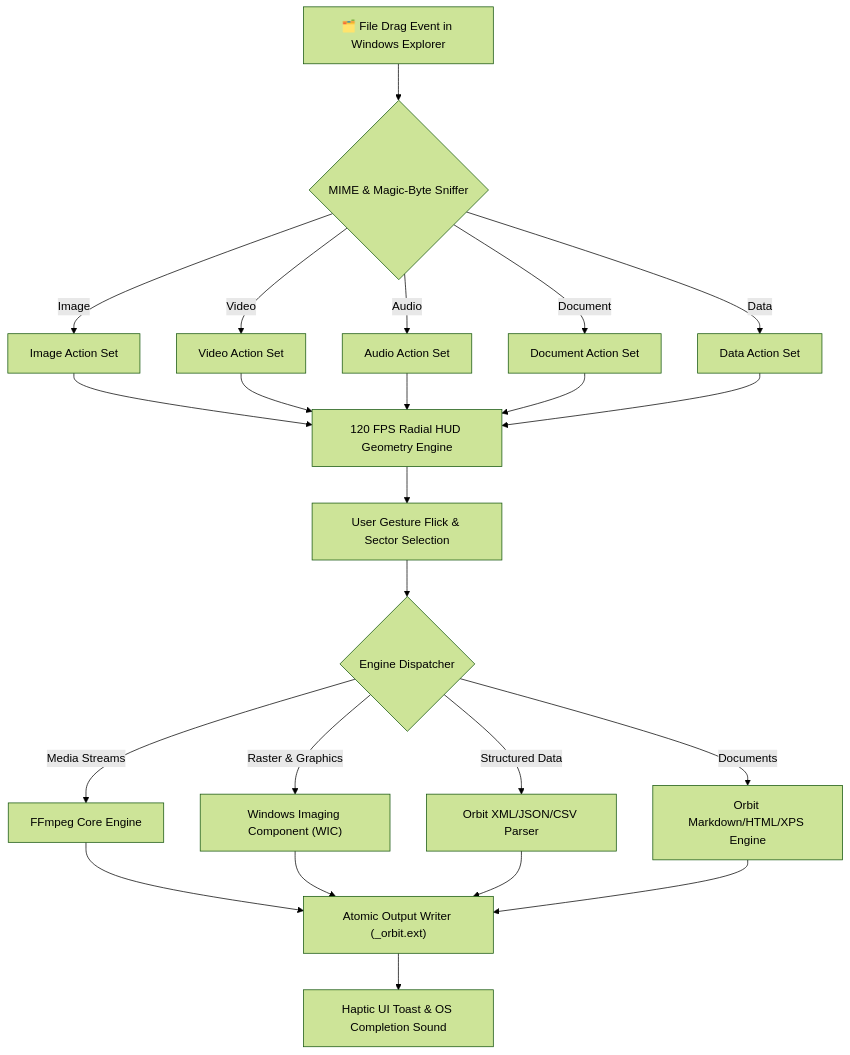
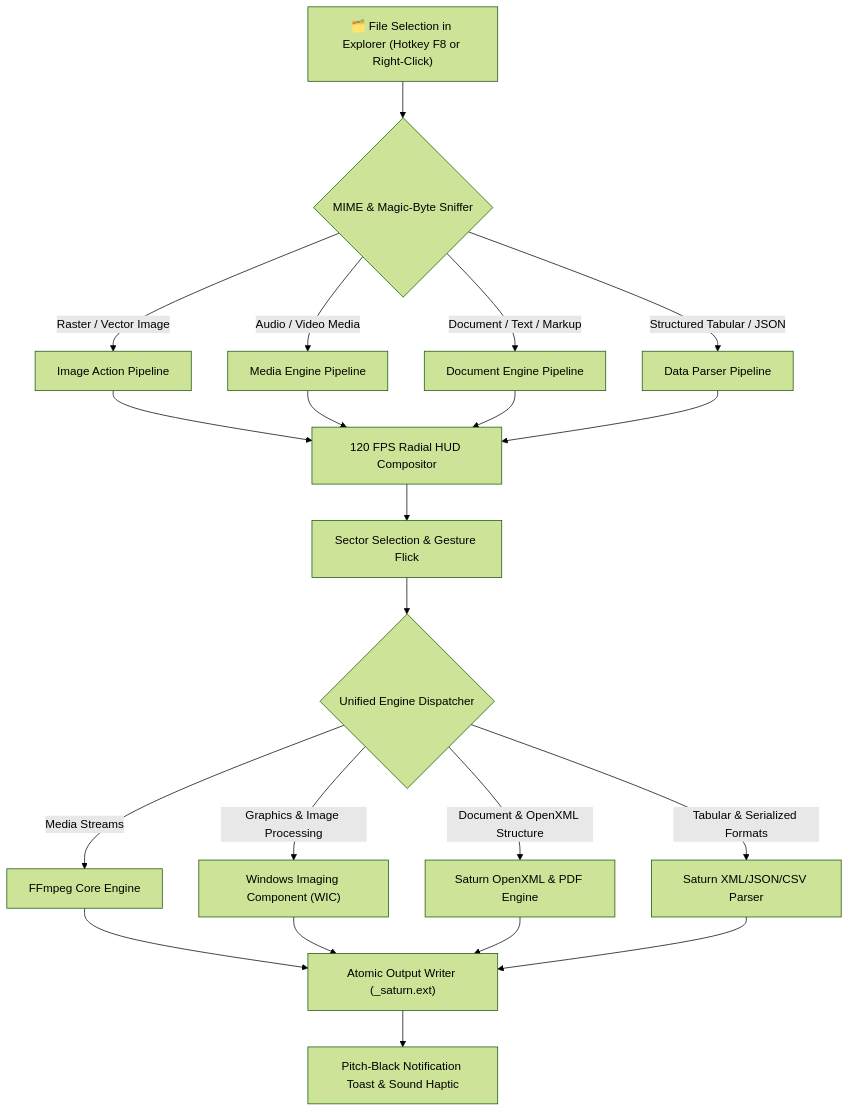
The diagram in README.md (DaivikOPX/Orbit), drawn with Mermaid (forest theme) before and after one commit. The commit also changed other lines of this file and 53 other files, not shown here.

Commit message:
feat: Rebrand Orbit to Saturn with new logo, pure black notifications, and updated binaries

````diff
--- a/README.md
+++ b/README.md
@@ -89,21 +89,20 @@
 ```mermaid
 flowchart TD
-    A["🗂️ File Drag Event in Windows Explorer"] --> B{"MIME & Magic-Byte Sniffer"}
-    B -->|Image| C["Image Action Set"]
-    B -->|Video| D["Video Action Set"]
-    B -->|Audio| E["Audio Action Set"]
-    B -->|Document| F["Document Action Set"]
-    B -->|Data| G["Data Action Set"]
+    A["🗂️ File Selection in Explorer (Hotkey F8 or Right-Click)"] --> B{"MIME & Magic-Byte Sniffer"}
+    B -->|Raster / Vector Image| C["Image Action Pipeline"]
+    B -->|Audio / Video Media| D["Media Engine Pipeline"]
+    B -->|Document / Text / Markup| E["Document Engine Pipeline"]
+    B -->|Structured Tabular / JSON| F["Data Parser Pipeline"]
     
-    C & D & E & F & G --> H["120 FPS Radial HUD Geometry Engine"]
-    H --> I["User Gesture Flick & Sector Selection"]
+    C & D & E & F --> G["120 FPS Radial HUD Compositor"]
+    G --> H["Sector Selection & Gesture Flick"]
     
-    I --> J{"Engine Dispatcher"}
-    J -->|Media Streams| K["FFmpeg Core Engine"]
-    J -->|Raster & Graphics| L["Windows Imaging Component (WIC)"]
-    J -->|Structured Data| M["Orbit XML/JSON/CSV Parser"]
-    J -->|Documents| N["Orbit Markdown/HTML/XPS Engine"]
+    H --> I{"Unified Engine Dispatcher"}
+    I -->|Media Streams| J["FFmpeg Core Engine"]
+    I -->|Graphics & Image Processing| K["Windows Imaging Component (WIC)"]
+    I -->|Document & OpenXML Structure| L["Saturn OpenXML & PDF Engine"]
+    I -->|Tabular & Serialized Formats| M["Saturn XML/JSON/CSV Parser"]
     
-    K & L & M & N --> O["Atomic Output Writer (_orbit.ext)"]
-    O --> P["Haptic UI Toast & OS Completion Sound"]
+    J & K & L & M --> N["Atomic Output Writer (_saturn.ext)"]
+    N --> O["Pitch-Black Notification Toast & Sound Haptic"]
 ```
````
